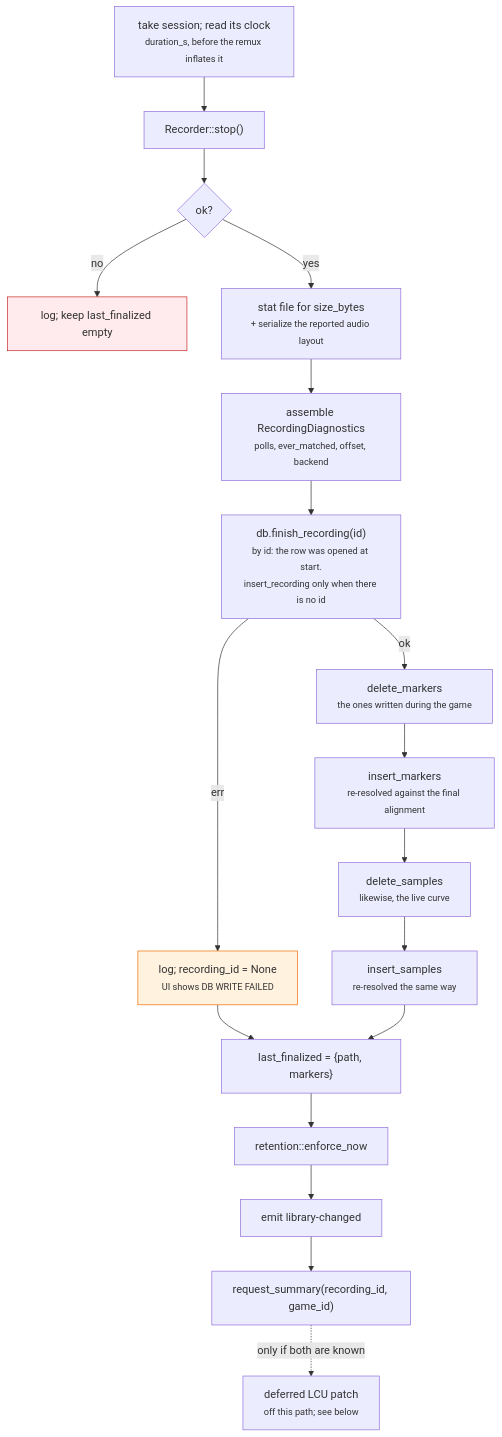
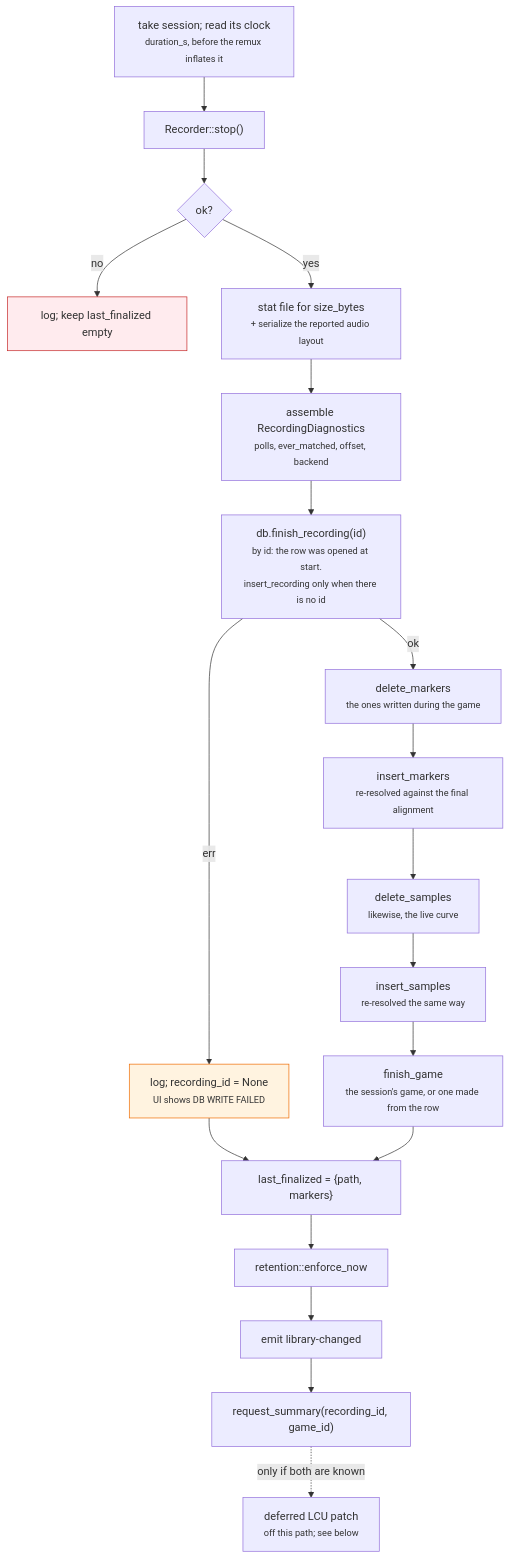
One commit to NinjaGoldfinch/ninja-recorder changed the fifth of 8 diagrams in docs/recording-pipeline.md. Above: the diagram before and after it, drawn with Mermaid. The commit also changed other lines of this file and 3 other files, not shown here.

````diff
--- a/docs/recording-pipeline.md
+++ b/docs/recording-pipeline.md
@@ -536,22 +538,23 @@
 ```mermaid
 flowchart TB
     S["take session; read its clock<br/><small>duration_s, before the remux inflates it</small>"] --> A["Recorder::stop()"]
     A --> B{"ok?"}
     B -->|"no"| Z["log; keep last_finalized empty"]
     B -->|"yes"| C["stat file for size_bytes<br/><small>+ serialize the reported audio layout</small>"]
     C --> D2["assemble RecordingDiagnostics<br/><small>polls, ever_matched, offset, backend</small>"]
     D2 --> D["db.finish_recording(id)<br/><small>by id: the row was opened at start.<br/>insert_recording only when there is no id</small>"]
     D -->|"err"| E["log; recording_id = None<br/><small>UI shows DB WRITE FAILED</small>"]
     D -->|"ok"| F0["delete_markers<br/><small>the ones written during the game</small>"]
     F0 --> F["insert_markers<br/><small>re-resolved against the final alignment</small>"]
     F --> F1["delete_samples<br/><small>likewise, the live curve</small>"]
     F1 --> G["insert_samples<br/><small>re-resolved the same way</small>"]
+    G --> G2["finish_game<br/><small>the session's game, or one made from the row</small>"]
     E --> H
-    G --> H["last_finalized = {path, markers}"]
+    G2 --> H["last_finalized = {path, markers}"]
     H --> I["retention::enforce_now"]
     I --> J["emit library-changed"]
     J --> K["request_summary(recording_id, game_id)"]
     K -.->|"only if both are known"| L["deferred LCU patch<br/><small>off this path; see below</small>"]
     style Z fill:#ffebee,stroke:#c62828
     style E fill:#fff3e0,stroke:#ef6c00
 ```
````
